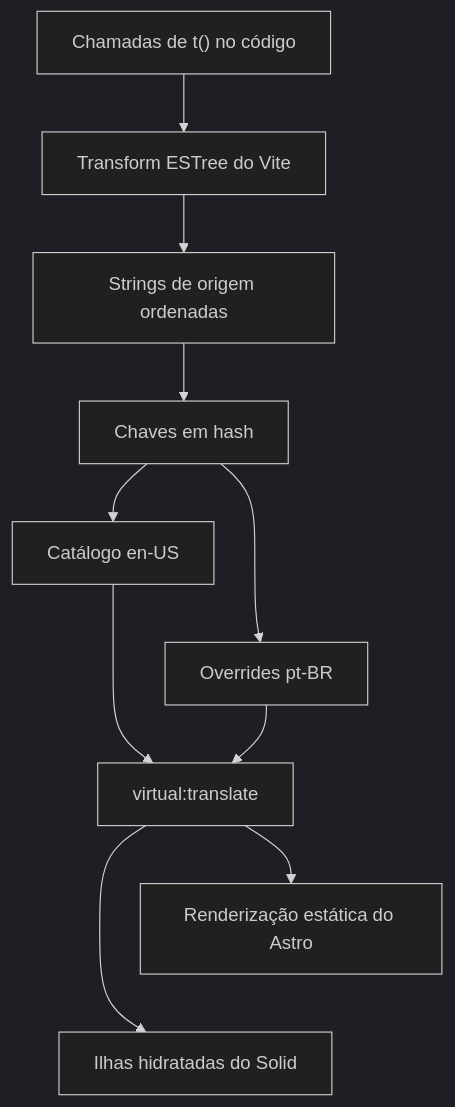
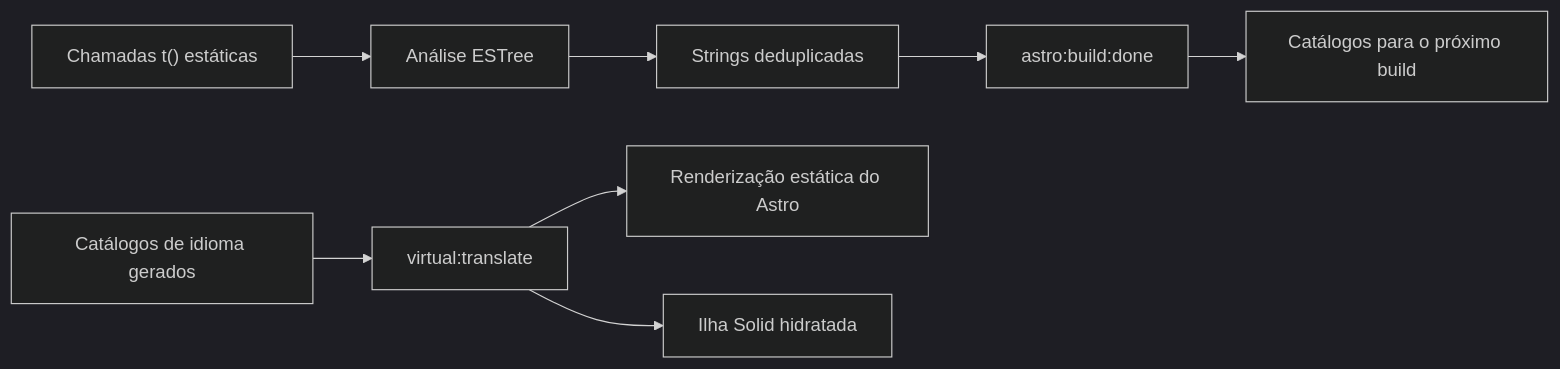
One commit to ErickCReis/ErickCReis changed the diagram in web/content/blog/a-small-custom-i18n-runtime-for-astro.pt-BR.mdx. Above: the diagram before and after it, drawn with Mermaid (dark theme). The commit also changed other lines of this file and 33 other files, not shown here.

````diff
--- a/web/content/blog/a-small-custom-i18n-runtime-for-astro.pt-BR.mdx
+++ b/web/content/blog/a-small-custom-i18n-runtime-for-astro.pt-BR.mdx
@@ -16,14 +12,10 @@
 ```mermaid center
-flowchart TB
-  Source["Chamadas de t() no código"] --> Parse["Transform ESTree do Vite"]
-  Parse --> Collect["Strings de origem ordenadas"]
-  Collect --> Hash["Chaves em hash"]
-  Hash --> Default["Catálogo en-US"]
-  Hash --> Locale["Overrides pt-BR"]
-  Default ~~~ Locale
-  Default --> Virtual["virtual:translate"]
-  Locale --> Virtual
-  Virtual --> Astro["Renderização estática do Astro"]
-  Virtual --> Solid["Ilhas hidratadas do Solid"]
-  Astro ~~~ Solid
+flowchart LR
+  Source["Chamadas t() estáticas"] --> AST["Análise ESTree"]
+  AST --> Collector["Strings deduplicadas"]
+  Catalogs["Catálogos de idioma gerados"] --> Virtual["virtual:translate"]
+  Virtual --> SSR["Renderização estática do Astro"]
+  Virtual --> Client["Ilha Solid hidratada"]
+  Collector --> Done["astro:build:done"]
+  Done --> Next["Catálogos para o próximo build"]
 ```
````
